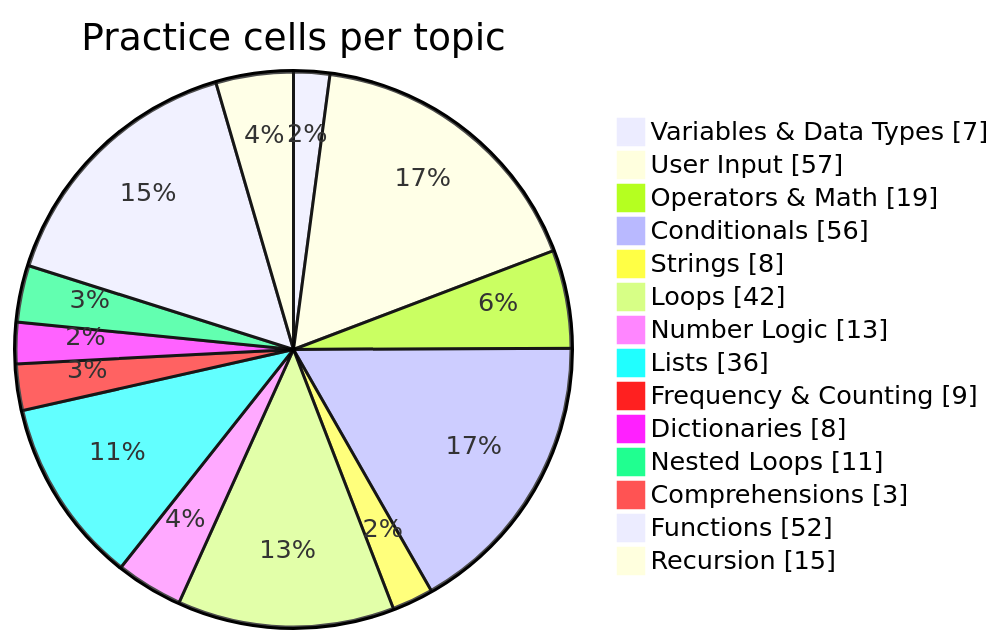
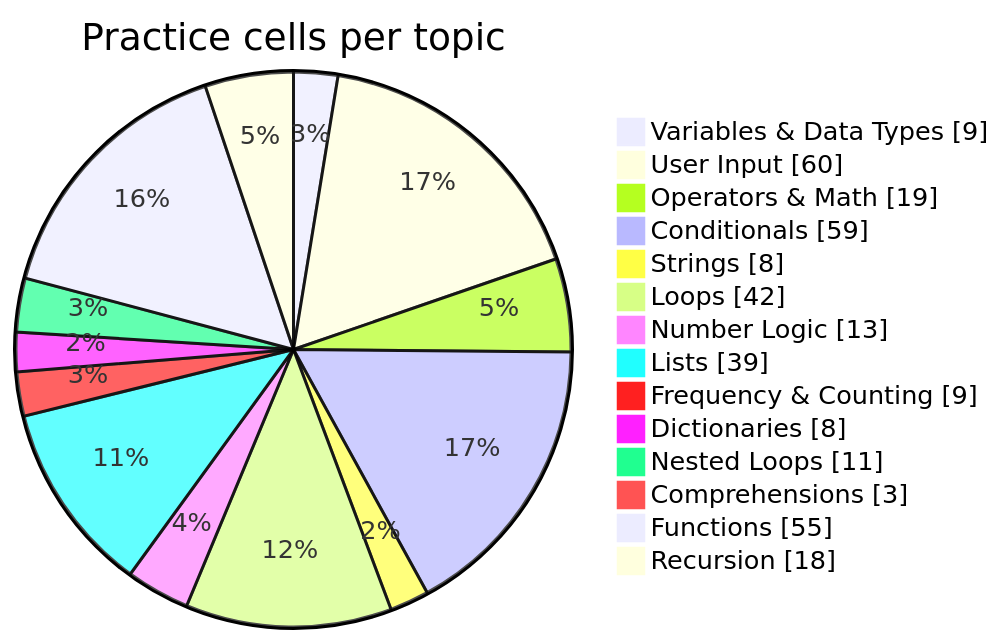
The diagram in README.md (Phantom2101/Python-Daily-Practice), drawn with Mermaid before and after one commit. The commit also changed other lines of this file and 3 other files, not shown here.

````diff
--- a/README.md
+++ b/README.md
@@ -126,17 +126,17 @@
 ```mermaid
 pie showData title Practice cells per topic
-    "Variables & Data Types" : 7
-    "User Input" : 57
+    "Variables & Data Types" : 9
+    "User Input" : 60
     "Operators & Math" : 19
-    "Conditionals" : 56
+    "Conditionals" : 59
     "Strings" : 8
     "Loops" : 42
     "Number Logic" : 13
-    "Lists" : 36
+    "Lists" : 39
     "Frequency & Counting" : 9
     "Dictionaries" : 8
     "Nested Loops" : 11
     "Comprehensions" : 3
-    "Functions" : 52
-    "Recursion" : 15
+    "Functions" : 55
+    "Recursion" : 18
 ```
````
